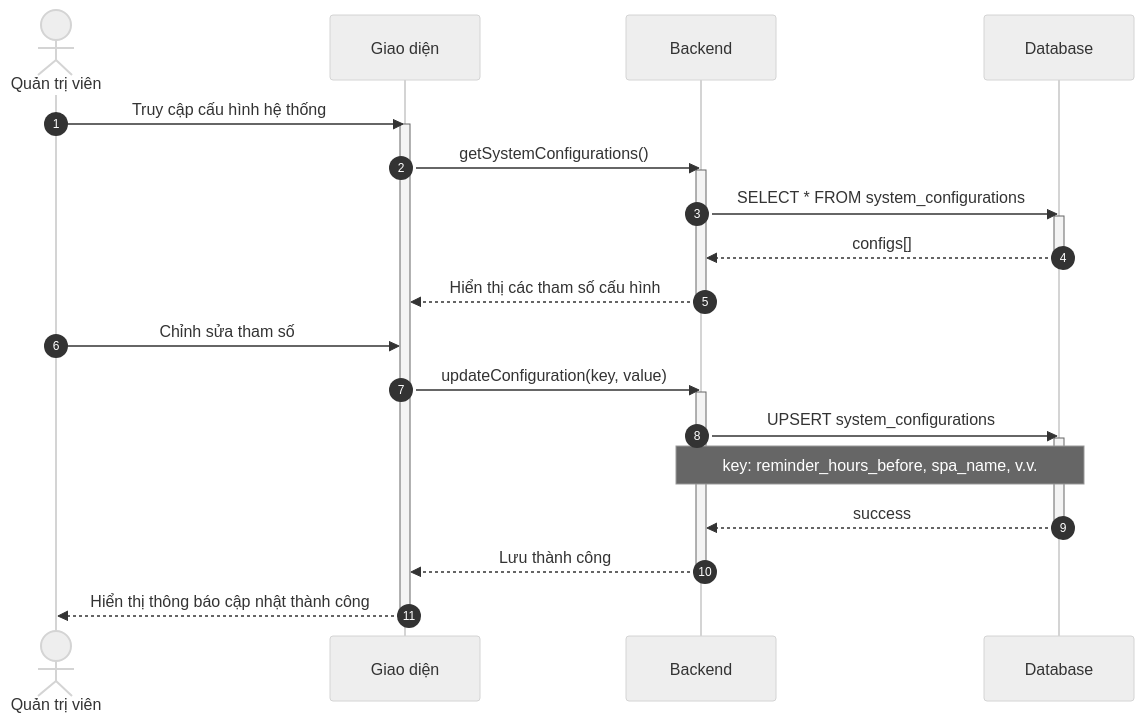
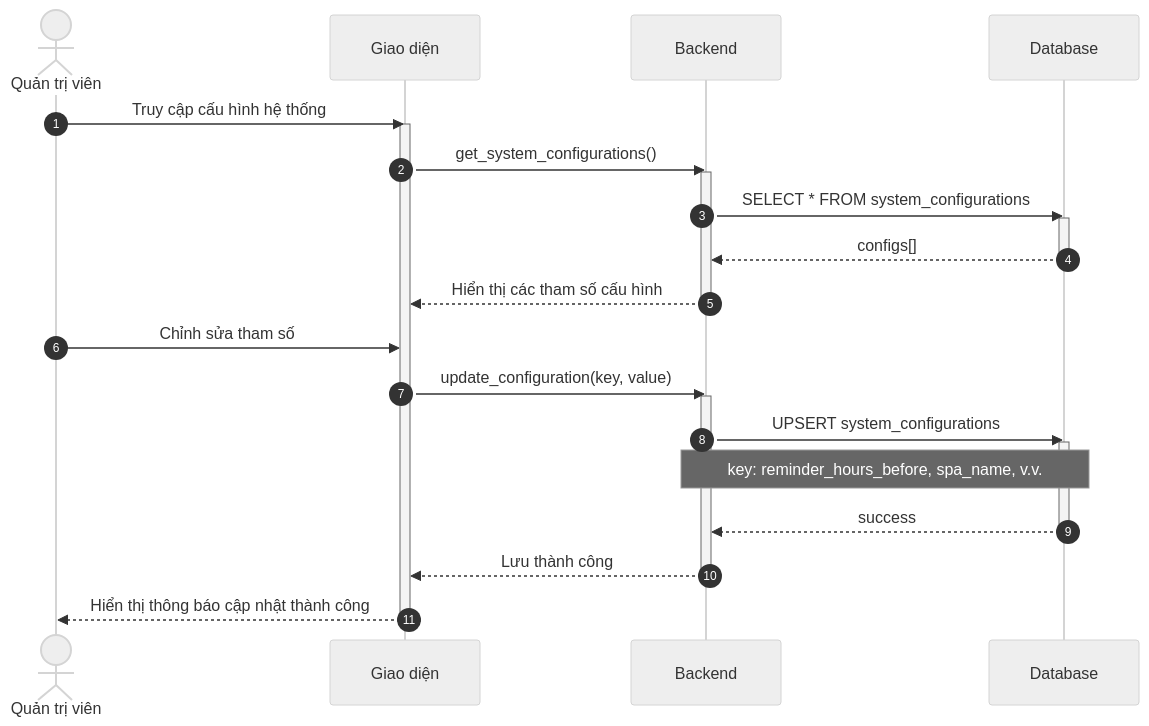
Before and after one commit to ngoctinn/Synapse: the eighth of 11 diagrams in docs/design/sequences/admin_flows.md, drawn with Mermaid (neutral theme). The commit also changed other lines of this file and 7 other files, not shown here.

Commit message:
docs: Add initial design documentation for system flows, use cases, and data specification.

````diff
--- a/docs/design/sequences/admin_flows.md
+++ b/docs/design/sequences/admin_flows.md
@@ -352,37 +336,37 @@
 ```mermaid
 sequenceDiagram
     autonumber
     actor QTV as Quản trị viên
     participant UI as Giao diện
     participant BE as Backend
     participant DB as Database
 
     QTV->>UI: Truy cập cấu hình hệ thống
     activate UI
-    UI->>BE: getSystemConfigurations()
+    UI->>BE: get_system_configurations()
     activate BE
 
     BE->>DB: SELECT * FROM system_configurations
     activate DB
     DB-->>BE: configs[]
     deactivate DB
 
     BE-->>UI: Hiển thị các tham số cấu hình
     deactivate BE
 
     QTV->>UI: Chỉnh sửa tham số
-    UI->>BE: updateConfiguration(key, value)
+    UI->>BE: update_configuration(key, value)
     activate BE
 
     BE->>DB: UPSERT system_configurations
     activate DB
     Note over BE,DB: key: reminder_hours_before, spa_name, v.v.
     DB-->>BE: success
     deactivate DB
 
     BE-->>UI: Lưu thành công
     deactivate BE
 
     UI-->>QTV: Hiển thị thông báo cập nhật thành công
     deactivate UI
 ```
````
